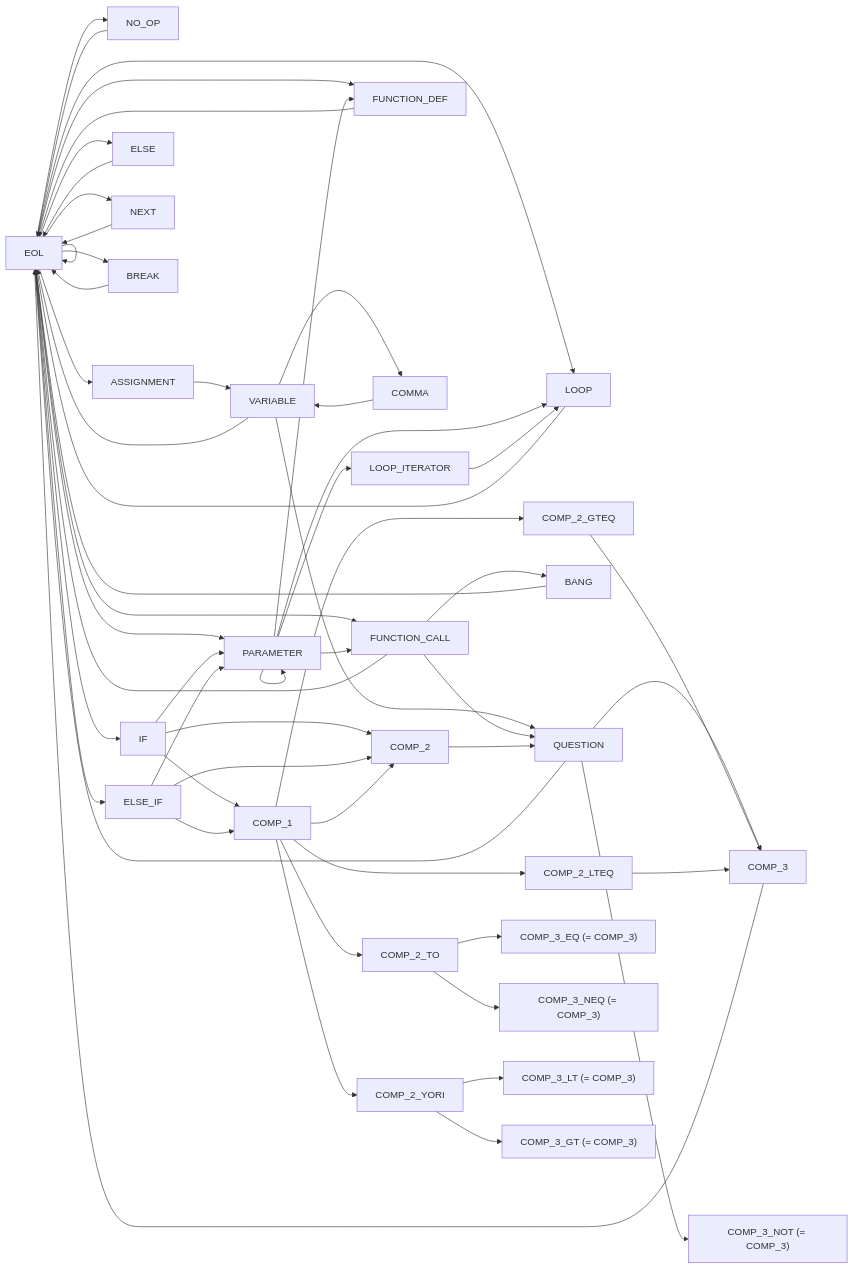
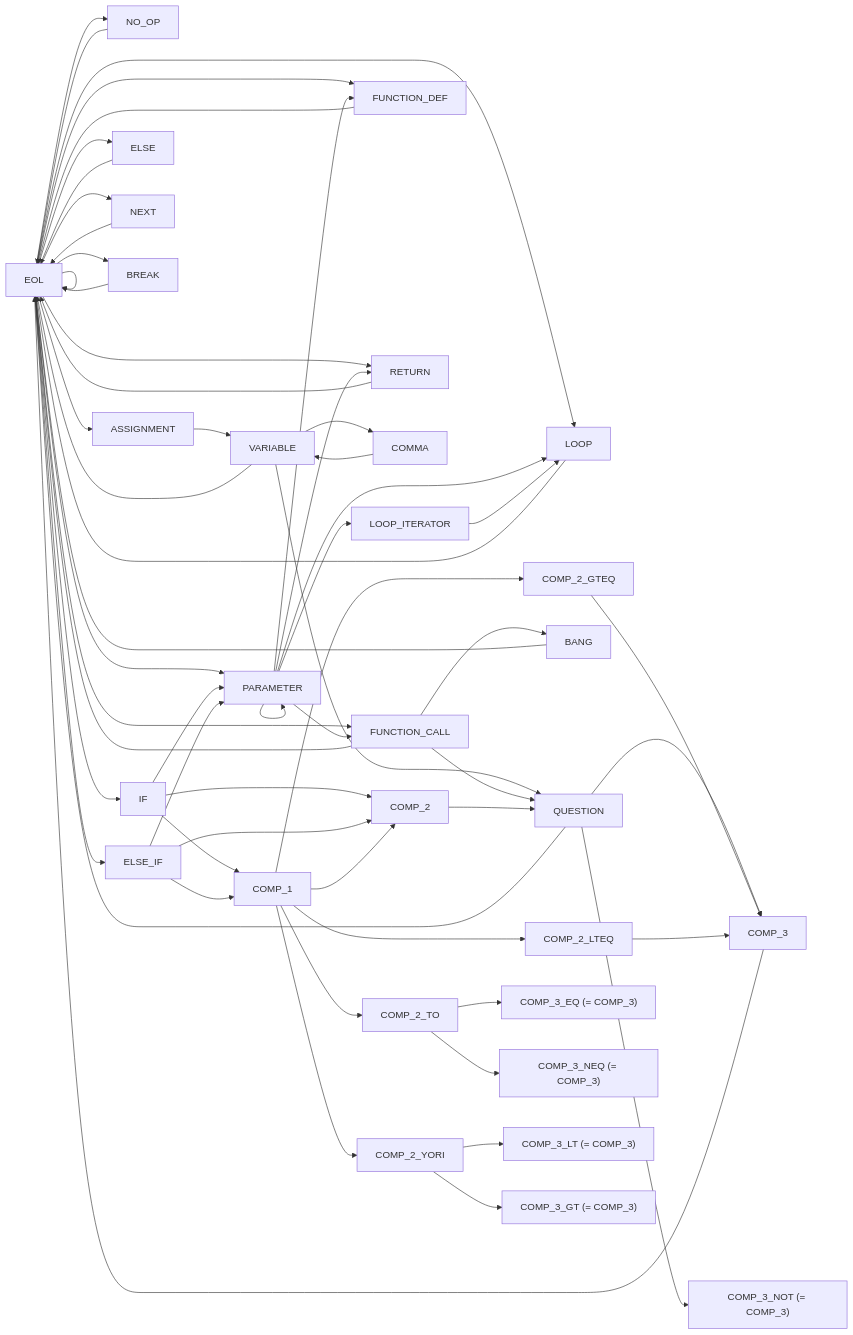
One commit to rewhowe/snapdragon changed the diagram in documentation/nfsm.md. Above: the diagram before and after it, drawn with Mermaid. The commit also changed 15 other files, not shown here.

````diff
--- a/documentation/nfsm.md
+++ b/documentation/nfsm.md
@@ -5,78 +5,82 @@
 ```mermaid
 graph LR
   EOL --> EOL
   EOL --> FUNCTION_CALL
   EOL --> FUNCTION_DEF
+  EOL --> RETURN
   EOL --> NO_OP
   EOL --> ASSIGNMENT
   EOL --> PARAMETER
   EOL --> IF
   EOL --> ELSE_IF
   EOL --> ELSE
   EOL --> LOOP
   EOL --> NEXT
   EOL --> BREAK
 
   ASSIGNMENT --> VARIABLE
 
   VARIABLE --> EOL
   VARIABLE --> QUESTION
   VARIABLE --> COMMA
 
   PARAMETER --> PARAMETER
   PARAMETER --> FUNCTION_DEF
   PARAMETER --> FUNCTION_CALL
+  PARAMETER --> RETURN
   PARAMETER --> LOOP_ITERATOR
   PARAMETER --> LOOP
 
   FUNCTION_DEF --> EOL
 
   FUNCTION_CALL --> EOL
   FUNCTION_CALL --> QUESTION
   FUNCTION_CALL --> BANG
+
+  RETURN --> EOL
 
   NO_OP --> EOL
 
   QUESTION --> EOL
   QUESTION --> COMP_3
   QUESTION --> COMP_3_NOT["COMP_3_NOT (= COMP_3)"]
 
   BANG --> EOL
 
   COMMA --> VARIABLE
 
   IF --> PARAMETER
   IF --> COMP_1
   IF --> COMP_2
 
   ELSE_IF --> PARAMETER
   ELSE_IF --> COMP_1
   ELSE_IF --> COMP_2
 
   ELSE --> EOL
 
   COMP_1 --> COMP_2
   COMP_1 --> COMP_2_TO
   COMP_1 --> COMP_2_YORI
   COMP_1 --> COMP_2_GTEQ
   COMP_1 --> COMP_2_LTEQ
 
   COMP_2 --> QUESTION
 
   COMP_2_TO --> COMP_3_EQ["COMP_3_EQ (= COMP_3)"]
   COMP_2_TO --> COMP_3_NEQ["COMP_3_NEQ (= COMP_3)"]
 
   COMP_2_YORI --> COMP_3_LT["COMP_3_LT (= COMP_3)"]
   COMP_2_YORI --> COMP_3_GT["COMP_3_GT (= COMP_3)"]
 
   COMP_2_GTEQ --> COMP_3
 
   COMP_2_LTEQ --> COMP_3
 
   COMP_3 --> EOL
 
   LOOP_ITERATOR --> LOOP
   LOOP --> EOL
   NEXT --> EOL
   BREAK --> EOL
 ```
````
